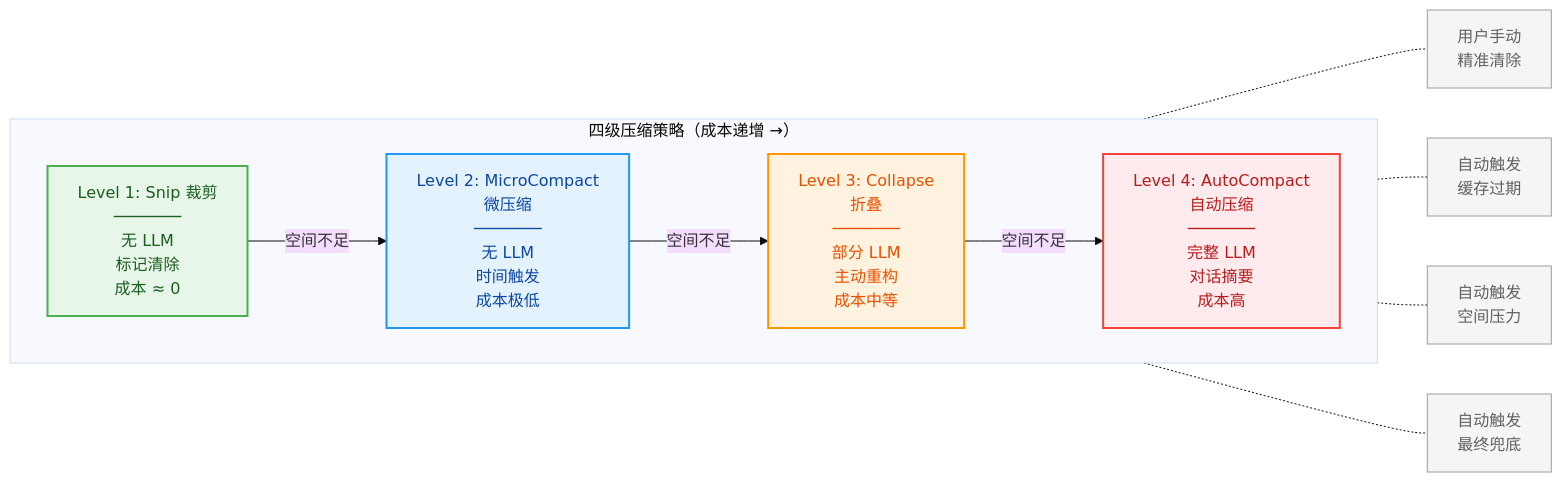
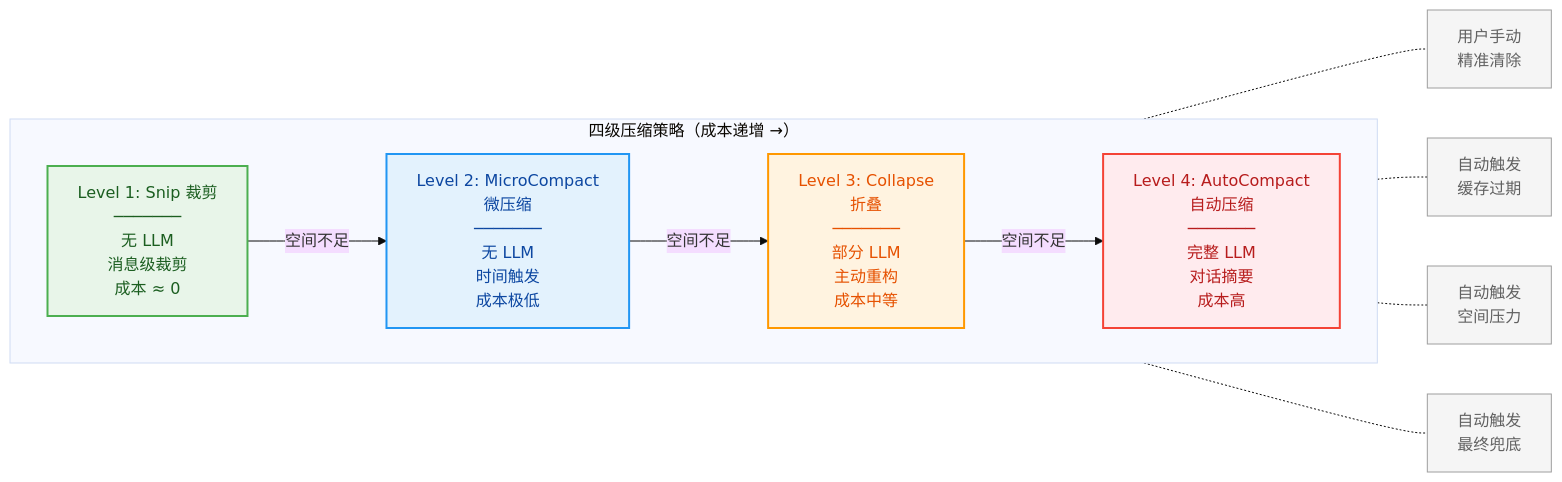
Before and after one commit to lintsinghua/claude-code-book: the third of 7 diagrams in 第二部分-核心系统篇/07-上下文管理-Agent的工作记忆.md, drawn with Mermaid (base theme). The commit also changed other lines of this file and 21 other files, not shown here.

First line of the commit message:
chore: update .gitignore, add package.json and package-lock.json, and enhance Mermaid diagrams

````diff
--- a/第二部分-核心系统篇/07-上下文管理-Agent的工作记忆.md
+++ b/第二部分-核心系统篇/07-上下文管理-Agent的工作记忆.md
@@ -122,31 +122,31 @@
 ```mermaid
 graph LR
     subgraph 压缩策略["四级压缩策略（成本递增 →）"]
         direction LR
-        L1["Level 1: Snip 裁剪<br/>───────<br/>无 LLM<br/>标记清除<br/>成本 ≈ 0"]
+        L1["Level 1: Snip 裁剪<br/>───────<br/>无 LLM<br/>消息级裁剪<br/>成本 ≈ 0"]
         L2["Level 2: MicroCompact<br/>微压缩<br/>───────<br/>无 LLM<br/>时间触发<br/>成本极低"]
         L3["Level 3: Collapse<br/>折叠<br/>───────<br/>部分 LLM<br/>主动重构<br/>成本中等"]
         L4["Level 4: AutoCompact<br/>自动压缩<br/>───────<br/>完整 LLM<br/>对话摘要<br/>成本高"]
     end
 
     L1 -->|"空间不足"| L2
     L2 -->|"空间不足"| L3
     L3 -->|"空间不足"| L4
 
     L1 -.- t1["用户手动<br/>精准清除"]
     L2 -.- t2["自动触发<br/>缓存过期"]
     L3 -.- t3["自动触发<br/>空间压力"]
     L4 -.- t4["自动触发<br/>最终兜底"]
 
     classDef level1 fill:#e8f5e9,stroke:#4caf50,stroke-width:2px,color:#1b5e20
     classDef level2 fill:#e3f2fd,stroke:#2196f3,stroke-width:2px,color:#0d47a1
     classDef level3 fill:#fff3e0,stroke:#ff9800,stroke-width:2px,color:#e65100
     classDef level4 fill:#ffebee,stroke:#f44336,stroke-width:2px,color:#b71c1c
     classDef trigger fill:#f5f5f5,stroke:#9e9e9e,stroke-width:1px,color:#616161
 
     class L1 level1
     class L2 level2
     class L3 level3
     class L4 level4
     class t1,t2,t3,t4 trigger
 ```
````
